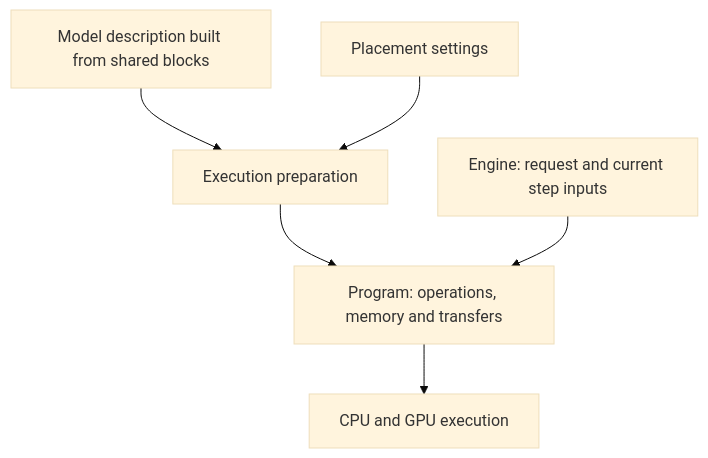
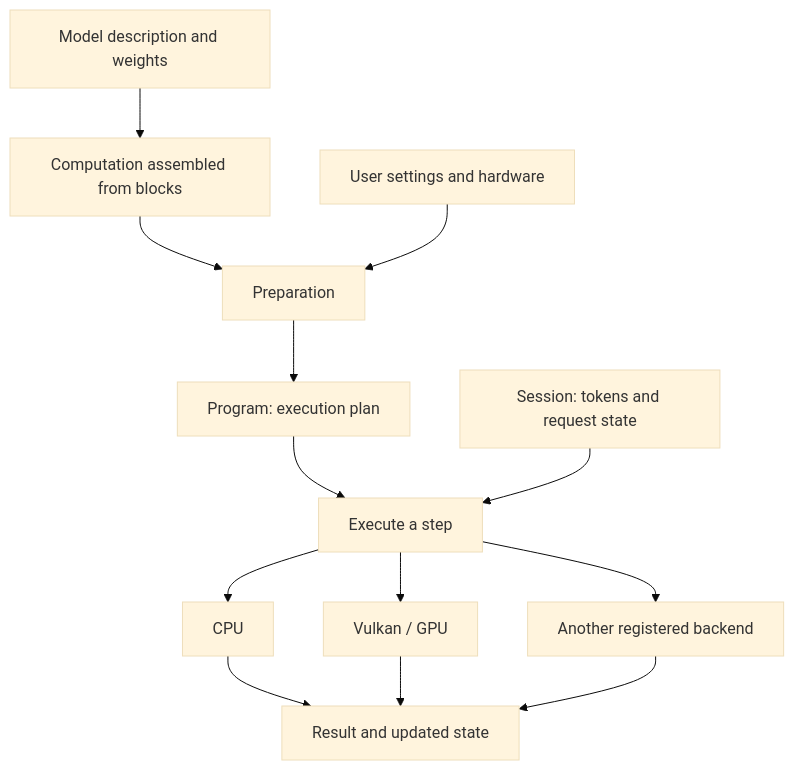
One commit to lumen-inference/lumen-rs changed the diagram in docs/EN/architecture.md. Above: the diagram before and after it, drawn with Mermaid (base theme). The commit also changed other lines of this file and 60 other files, not shown here.

````diff
--- a/docs/EN/architecture.md
+++ b/docs/EN/architecture.md
@@ -23,8 +23,15 @@
 ```mermaid
 flowchart TD
-    A[Model description built from shared blocks] --> C[Execution preparation]
-    B[Placement settings] --> C
-    C --> D[Program: operations, memory and transfers]
-    E[Engine: request and current step inputs] --> D
-    D --> F[CPU and GPU execution]
+    A[Model description and weights] --> B[Computation assembled from blocks]
+    B --> C[Preparation]
+    D[User settings and hardware] --> C
+    C --> E[Program: execution plan]
+    E --> F[Execute a step]
+    S[Session: tokens and request state] --> F
+    F --> G[CPU]
+    F --> H[Vulkan / GPU]
+    F --> I[Another registered backend]
+    G --> R[Result and updated state]
+    H --> R
+    I --> R
 ```
````
